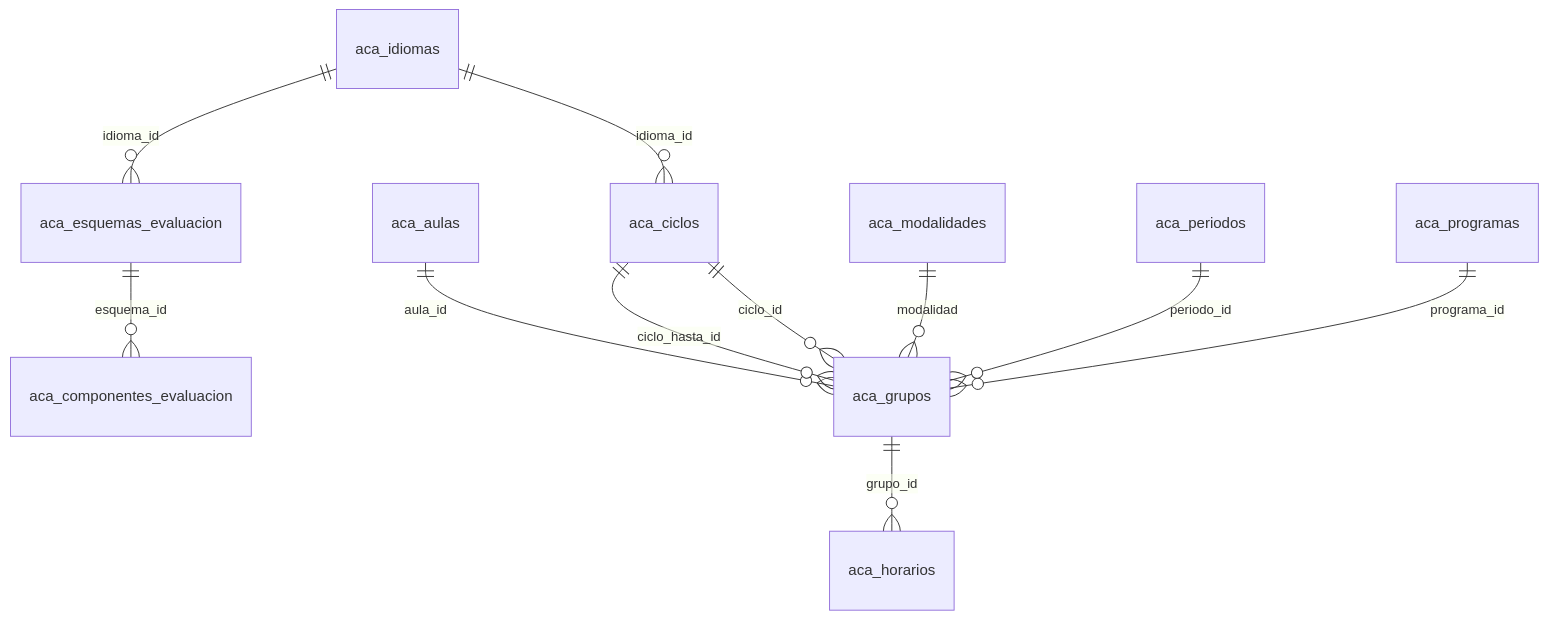
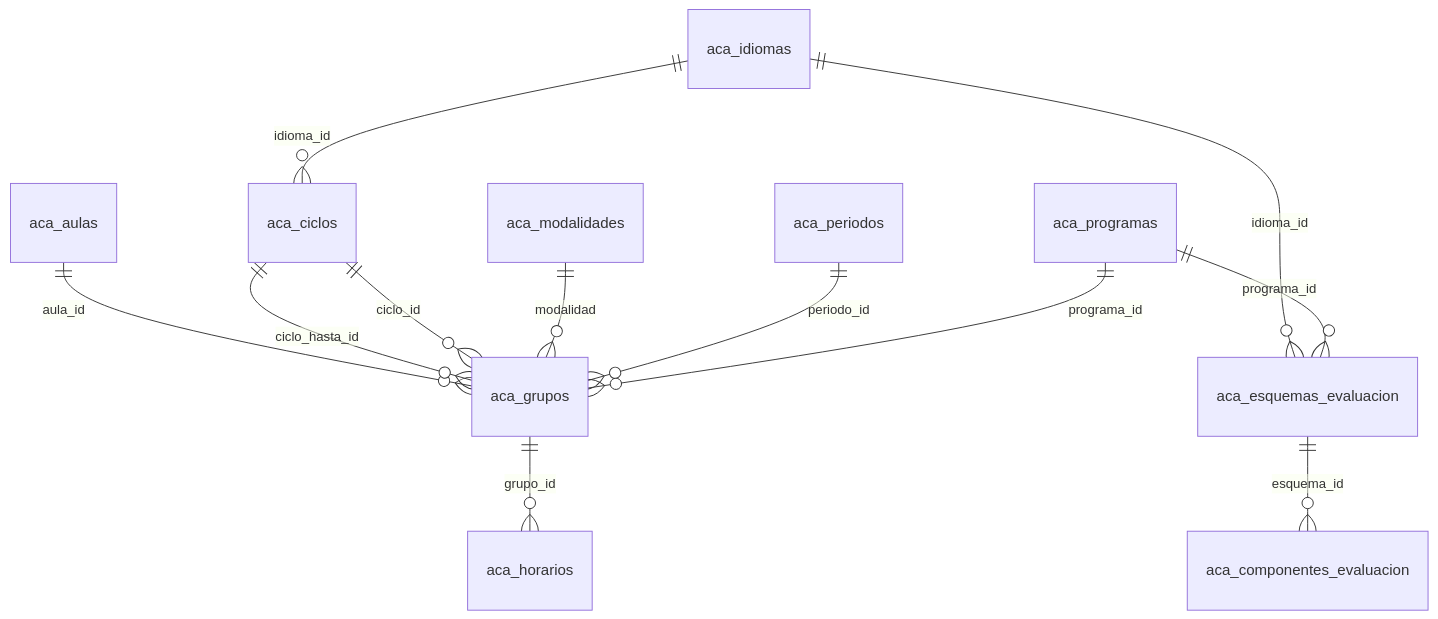
The first of 8 diagrams in docs/manuales/diccionario-de-datos.md (YomelBarretoFlores/cid-system), drawn with Mermaid before and after one commit. The commit also changed other lines of this file and 7 other files, not shown here.

````diff
--- a/docs/manuales/diccionario-de-datos.md
+++ b/docs/manuales/diccionario-de-datos.md
@@ -41,13 +41,14 @@
 ```mermaid
 erDiagram
     aca_idiomas ||--o{ aca_ciclos : "idioma_id"
     aca_esquemas_evaluacion ||--o{ aca_componentes_evaluacion : "esquema_id"
     aca_idiomas ||--o{ aca_esquemas_evaluacion : "idioma_id"
+    aca_programas ||--o{ aca_esquemas_evaluacion : "programa_id"
     aca_aulas ||--o{ aca_grupos : "aula_id"
     aca_ciclos ||--o{ aca_grupos : "ciclo_hasta_id"
     aca_ciclos ||--o{ aca_grupos : "ciclo_id"
     aca_modalidades ||--o{ aca_grupos : "modalidad"
     aca_periodos ||--o{ aca_grupos : "periodo_id"
     aca_programas ||--o{ aca_grupos : "programa_id"
     aca_grupos ||--o{ aca_horarios : "grupo_id"
 ```
````
